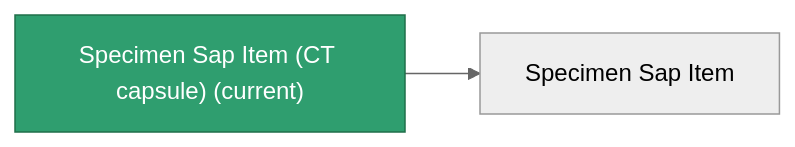
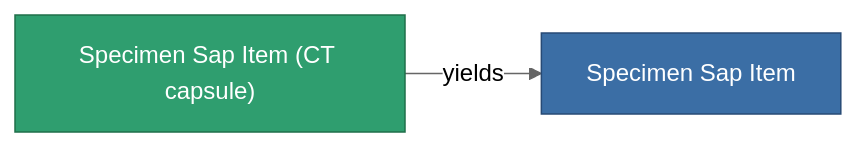
Before and after one commit to OpenPerpetuum/Wiki: the diagram in content/content/items/specimen_sap_item_CT_capsule.md, drawn with Mermaid (neutral theme). The commit also changed other lines of this file and 2015 other files, not shown here.

````diff
--- a/content/content/items/specimen_sap_item_CT_capsule.md
+++ b/content/content/items/specimen_sap_item_CT_capsule.md
@@ -33,8 +33,9 @@
 ```mermaid
 graph LR
-    a["Specimen Sap Item (CT capsule) (current)"]:::current
-    b["Specimen Sap Item"]
-    a --> b
-    click b "/content/items/specimen-sap-item/" "Specimen Sap Item"
+    a["Specimen Sap Item (CT capsule)"]:::current
+    b["Specimen Sap Item"]:::finished
+    a -->|yields| b
+                click b "/content/items/specimen-sap-item/" "Specimen Sap Item"
     classDef current fill:#2f9e6f,stroke:#1f6f4a,color:#ffffff
+    classDef finished fill:#3b6ea5,stroke:#274a75,color:#ffffff
 ```
````
